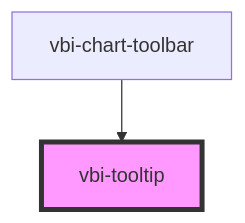
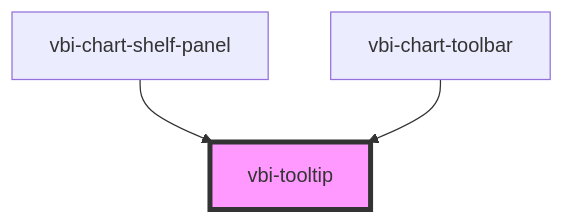
The diagram in packages/vbi-component/src/components/ui/vbi-tooltip/readme.md (Ditto190/VBI-modme), drawn with Mermaid before and after one commit. The commit also changed other lines of this file and 21 other files, not shown here.

Commit message:
refactor(vbi-component): move filter root operator logic to shelf panel

````diff
--- a/packages/vbi-component/src/components/ui/vbi-tooltip/readme.md
+++ b/packages/vbi-component/src/components/ui/vbi-tooltip/readme.md
@@ -25,5 +26,6 @@
 ```mermaid
 graph TD;
+  vbi-chart-shelf-panel --> vbi-tooltip
   vbi-chart-toolbar --> vbi-tooltip
   style vbi-tooltip fill:#f9f,stroke:#333,stroke-width:4px
 ```
````
